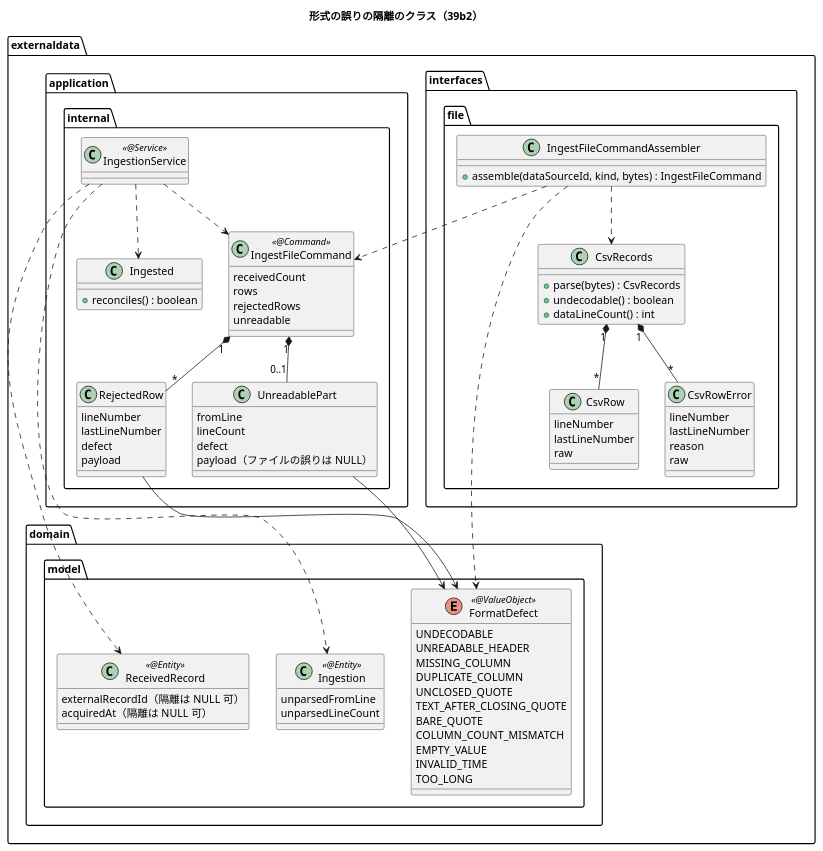
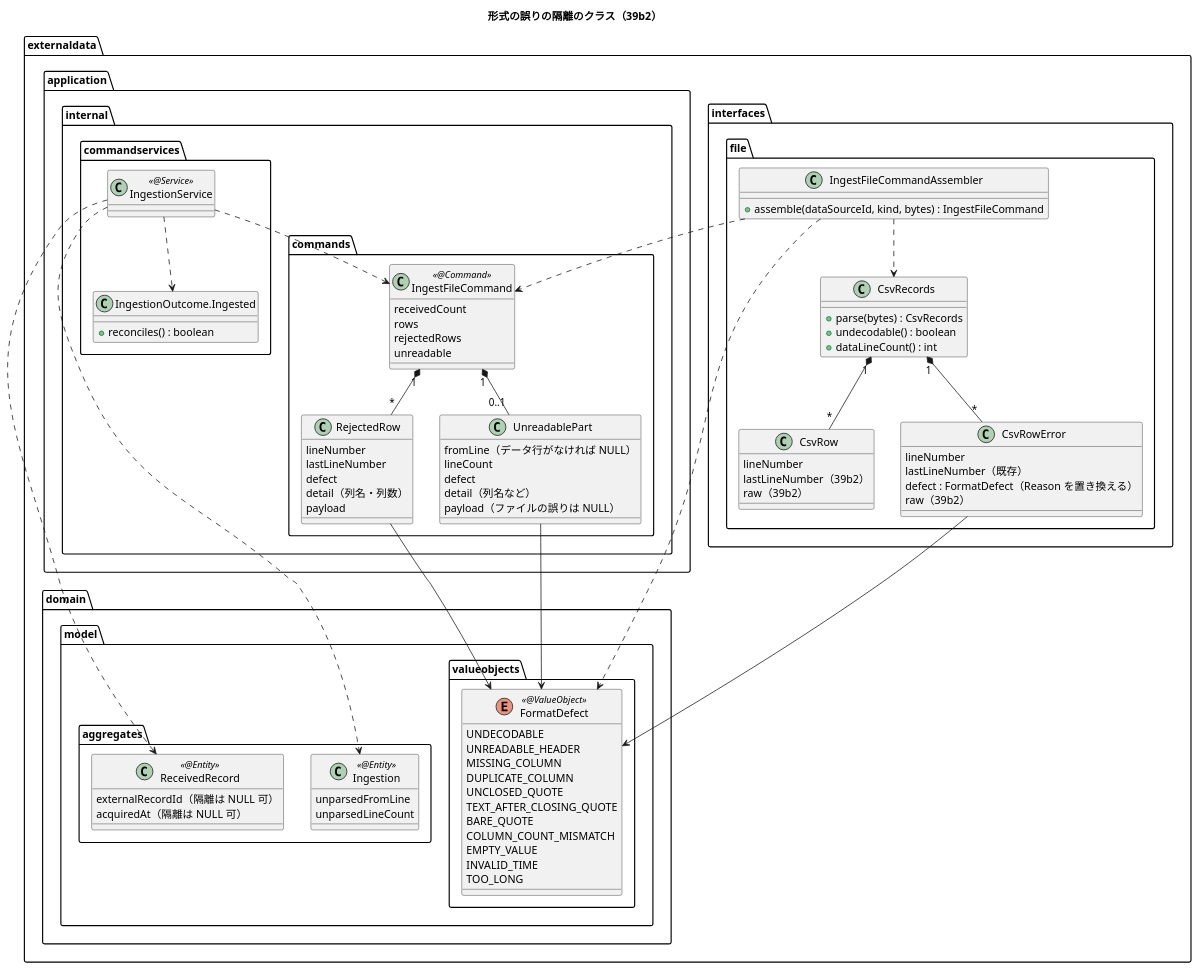
The second of 3 diagrams in docs/development/cargo-tracker/bolt_39b2_plan.md (k2works/practical-domain-driven-design-in-enterpris-application), drawn with PlantUML before and after one commit. The commit also changed other lines of this file and 2 other files, not shown here.

```diff
--- a/docs/development/cargo-tracker/bolt_39b2_plan.md
+++ b/docs/development/cargo-tracker/bolt_39b2_plan.md
@@ -211,17 +217,17 @@
   }
   class CsvRow {
     lineNumber
-    lastLineNumber
-    raw
+    lastLineNumber（39b2）
+    raw（39b2）
   }
   class CsvRowError {
     lineNumber
-    lastLineNumber
-    reason
-    raw
+    lastLineNumber（既存）
+    defect : FormatDefect（Reason を置き換える）
+    raw（39b2）
   }
 }
-package "externaldata.application.internal" {
+package "externaldata.application.internal.commands" {
   class IngestFileCommand <<@Command>> {
     receivedCount
     rows
@@ -232,20 +238,24 @@
     lineNumber
     lastLineNumber
     defect
+    detail（列名・列数）
     payload
   }
   class UnreadablePart {
-    fromLine
+    fromLine（データ行がなければ NULL）
     lineCount
     defect
+    detail（列名など）
     payload（ファイルの誤りは NULL）
   }
+}
+package "externaldata.application.internal.commandservices" {
   class IngestionService <<@Service>>
-  class Ingested {
+  class "IngestionOutcome.Ingested" as Ingested {
     + reconciles() : boolean
   }
 }
-package "externaldata.domain.model" {
+package "externaldata.domain.model.valueobjects" {
   enum FormatDefect <<@ValueObject>> {
     UNDECODABLE
     UNREADABLE_HEADER
@@ -259,6 +269,8 @@
     INVALID_TIME
     TOO_LONG
   }
+}
+package "externaldata.domain.model.aggregates" {
   class ReceivedRecord <<@Entity>> {
     externalRecordId（隔離は NULL 可）
     acquiredAt（隔離は NULL 可）
@@ -270,6 +282,7 @@
 }
 CsvRecords "1" *-- "*" CsvRow
 CsvRecords "1" *-- "*" CsvRowError
+CsvRowError --> FormatDefect
 IngestFileCommandAssembler ..> CsvRecords
 IngestFileCommandAssembler ..> IngestFileCommand
 IngestFileCommandAssembler ..> FormatDefect
```
